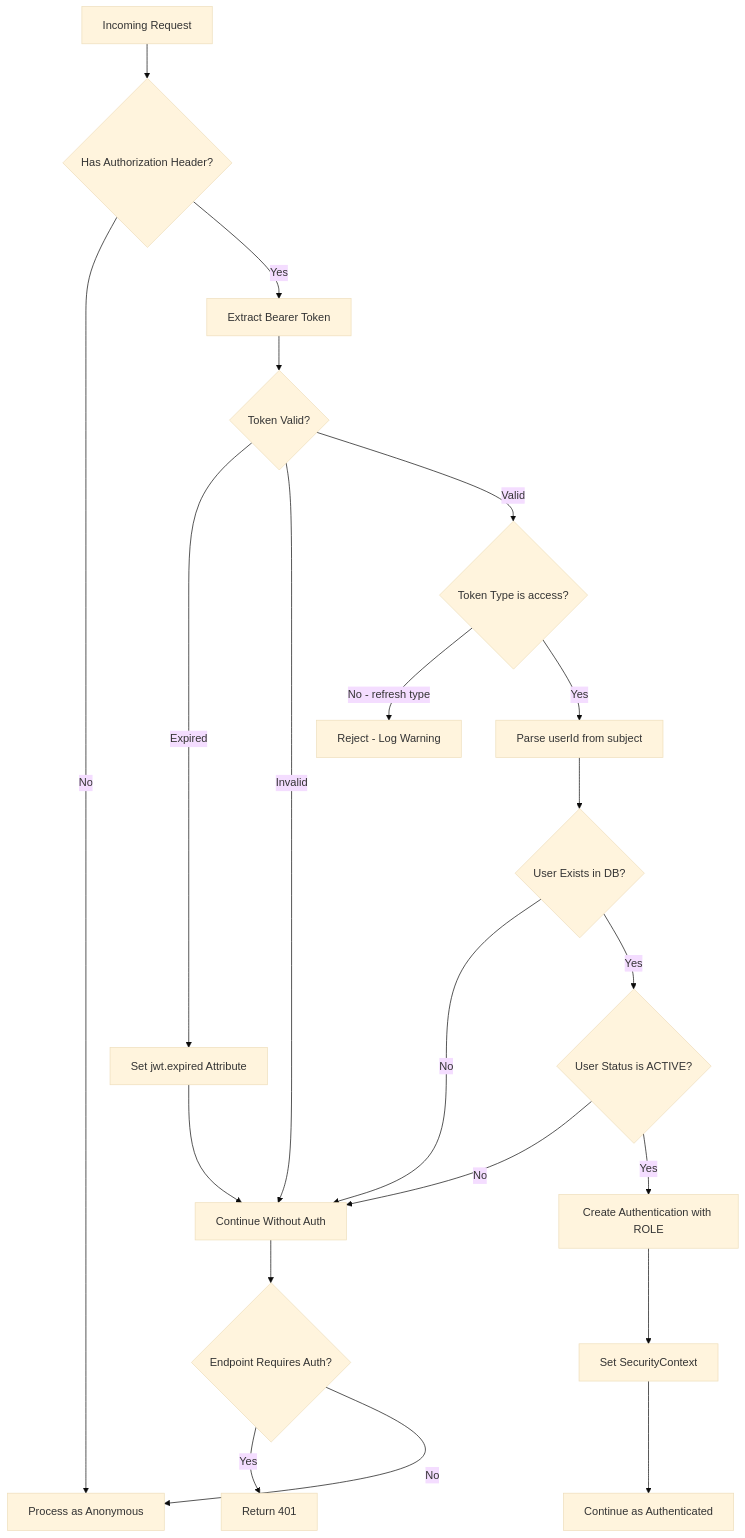
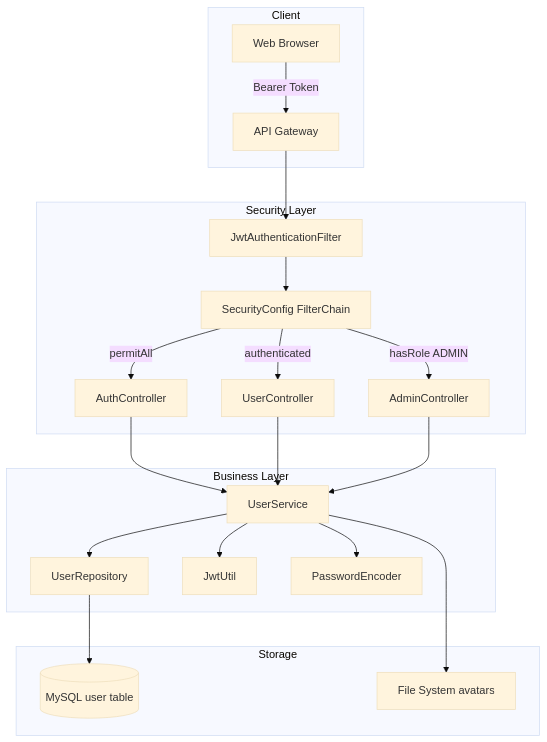
One commit to mambo-wang/CodingHub changed the first of 3 diagrams in repowiki/认证与用户.md. Above: the diagram before and after it, drawn with Mermaid (base theme). The commit also changed other lines of this file and 24 other files, not shown here.

````diff
--- a/repowiki/认证与用户.md
+++ b/repowiki/认证与用户.md
@@ -160,23 +9,25 @@
 ```mermaid
 graph TD
-    A[Incoming Request] --> B{Has Authorization Header?}
-    B -->|No| C[Process as Anonymous]
-    B -->|Yes| D[Extract Bearer Token]
-    D --> E{Token Valid?}
-    E -->|Expired| F[Set jwt.expired Attribute]
-    F --> G[Continue Without Auth]
-    E -->|Invalid| G
-    E -->|Valid| H{Token Type is access?}
-    H -->|No - refresh type| I[Reject - Log Warning]
-    H -->|Yes| J[Parse userId from subject]
-    J --> K{User Exists in DB?}
-    K -->|No| G
-    K -->|Yes| L{User Status is ACTIVE?}
-    L -->|No| G
-    L -->|Yes| M[Create Authentication with ROLE]
-    M --> N[Set SecurityContext]
-    N --> O[Continue as Authenticated]
-    G --> P{Endpoint Requires Auth?}
-    P -->|Yes| Q[Return 401]
-    P -->|No| C
+    subgraph Client
+        A[Web Browser] -->|Bearer Token| B[API Gateway]
+    end
+    subgraph Security Layer
+        B --> C[JwtAuthenticationFilter]
+        C --> D[SecurityConfig FilterChain]
+        D -->|permitAll| E[AuthController]
+        D -->|authenticated| F[UserController]
+        D -->|hasRole ADMIN| G[AdminController]
+    end
+    subgraph Business Layer
+        E --> H[UserService]
+        F --> H
+        G --> H
+        H --> I[UserRepository]
+        H --> J[JwtUtil]
+        H --> K[PasswordEncoder]
+    end
+    subgraph Storage
+        I --> L[(MySQL user table)]
+        H --> M[File System avatars]
+    end
 ```
````
